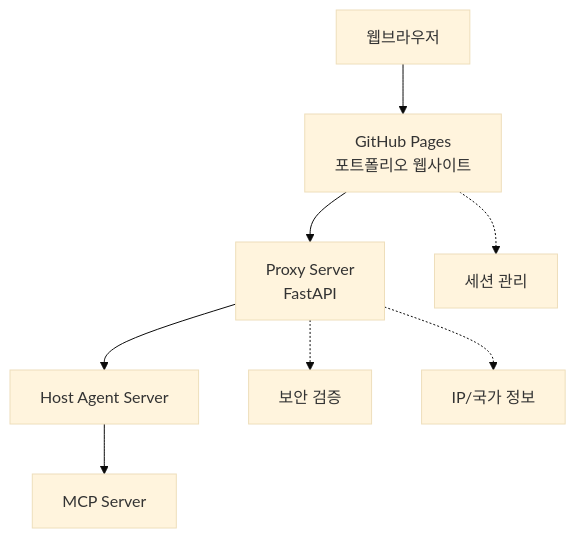
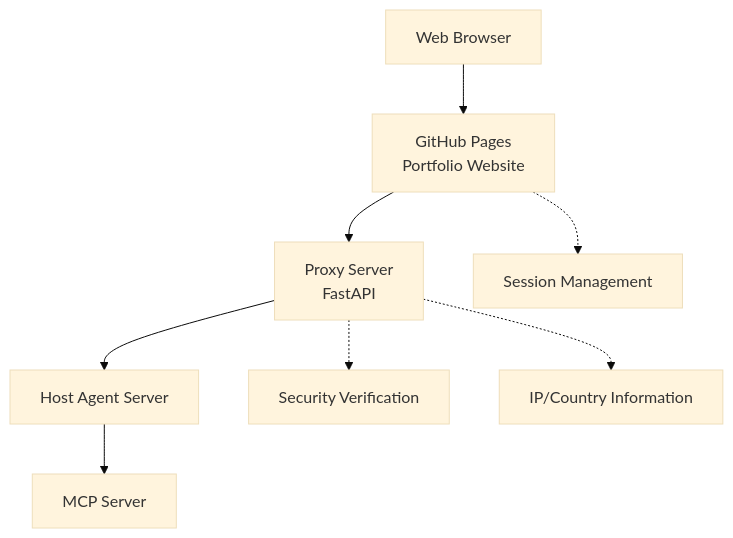
One commit to kimdonghwi94/dhkim changed the diagram in README.md. Above: the diagram before and after it, drawn with Mermaid (base theme). The commit also changed other lines of this file and 3 other files, not shown here.

````diff
--- a/README.md
+++ b/README.md
@@ -14,11 +14,11 @@
 ```mermaid
 graph TD
-    A[웹브라우저] --> B[GitHub Pages<br/>포트폴리오 웹사이트]
+    A[Web Browser] --> B[GitHub Pages<br/>Portfolio Website]
     B --> C[Proxy Server<br/>FastAPI]
     C --> D[Host Agent Server]
     D --> E[MCP Server]
     
-    B -.-> F[세션 관리]
-    C -.-> G[보안 검증]
-    C -.-> H[IP/국가 정보]
+    B -.-> F[Session Management]
+    C -.-> G[Security Verification]
+    C -.-> H[IP/Country Information]
 ```
````
